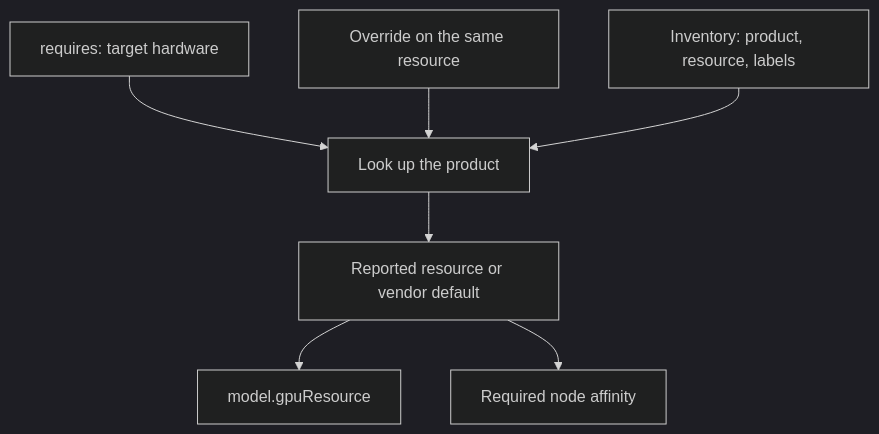
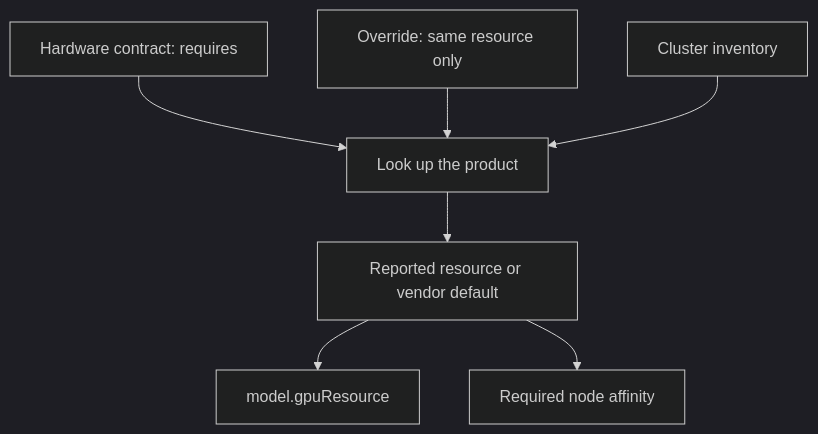
Before and after one commit to modelsphere/swiss: the second of 2 diagrams in docs/architecture.md, drawn with Mermaid (dark theme). The commit also changed other lines of this file, not shown here.

````diff
--- a/docs/architecture.md
+++ b/docs/architecture.md
@@ -55,16 +63,16 @@
 ```mermaid
 flowchart TD
-  hw["requires: target hardware"]
-  over["Override on the same resource"]
-  inv["Inventory: product, resource, labels"]
+  hw["Hardware contract: requires"]
+  over["Override: same resource only"]
+  inv["Cluster inventory"]
   look["Look up the product"]
   found["Reported resource or vendor default"]
   res["model.gpuResource"]
   pin["Required node affinity"]
   hw --> look
   over --> look
   inv --> look
   look --> found
   found --> res
   found --> pin
 ```
````
